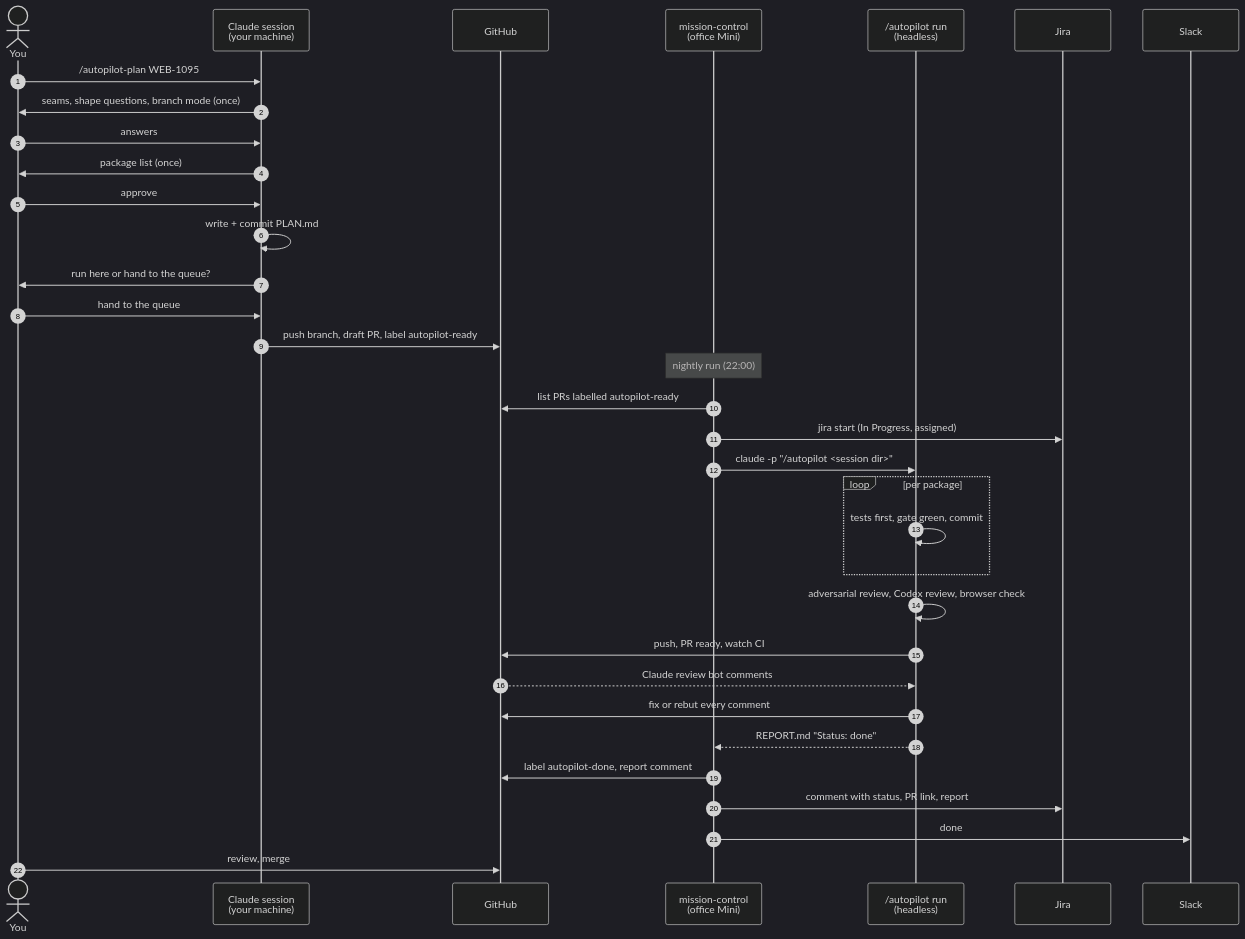
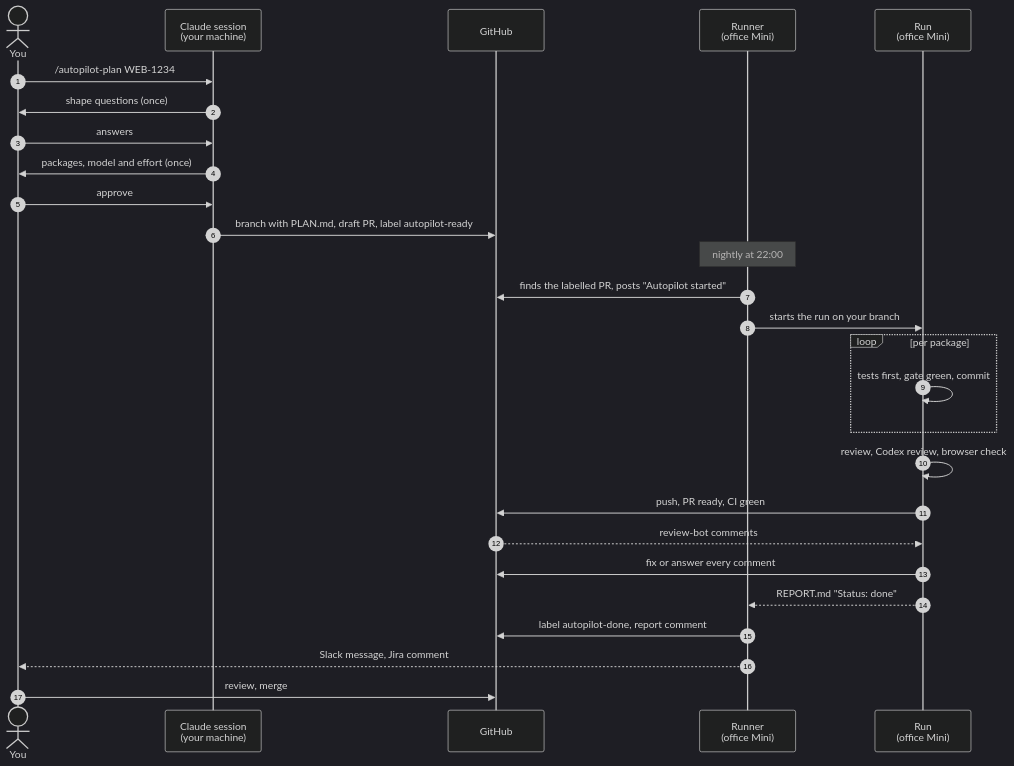
Before and after one commit to evelan-de/claude-code-plugins: the second of 7 diagrams in docs/autopilot-developer-guide.md, drawn with Mermaid (dark theme). The commit also changed other lines of this file and 9 other files, not shown here.

Commit message:
docs+fix(autopilot): README and developer guide describe the current state only; developer PRs: replies from the queue machine count as answered, start comment on the PR, plan branches from origin/<base> (plugin 3.1.4)

````diff
--- a/docs/autopilot-developer-guide.md
+++ b/docs/autopilot-developer-guide.md
@@ -155,37 +73,30 @@
 ```mermaid
 sequenceDiagram
     autonumber
     actor Dev as You
     participant CS as Claude session<br/>(your machine)
     participant GH as GitHub
-    participant MC as mission-control<br/>(office Mini)
-    participant Run as /autopilot run<br/>(headless)
-    participant Jira
-    participant Slack
+    participant MC as Runner<br/>(office Mini)
+    participant Run as Run<br/>(office Mini)
 
-    Dev->>CS: /autopilot-plan WEB-1095
-    CS->>Dev: seams, shape questions, branch mode (once)
+    Dev->>CS: /autopilot-plan WEB-1234
+    CS->>Dev: shape questions (once)
     Dev->>CS: answers
-    CS->>Dev: package list (once)
+    CS->>Dev: packages, model and effort (once)
     Dev->>CS: approve
-    CS->>CS: write + commit PLAN.md
-    CS->>Dev: run here or hand to the queue?
-    Dev->>CS: hand to the queue
-    CS->>GH: push branch, draft PR, label autopilot-ready
-    Note over MC: nightly run (22:00)
-    MC->>GH: list PRs labelled autopilot-ready
-    MC->>Jira: jira start (In Progress, assigned)
-    MC->>Run: claude -p "/autopilot <session dir>"
+    CS->>GH: branch with PLAN.md, draft PR, label autopilot-ready
+    Note over MC: nightly at 22:00
+    MC->>GH: finds the labelled PR, posts "Autopilot started"
+    MC->>Run: starts the run on your branch
     loop per package
         Run->>Run: tests first, gate green, commit
     end
-    Run->>Run: adversarial review, Codex review, browser check
-    Run->>GH: push, PR ready, watch CI
-    GH-->>Run: Claude review bot comments
-    Run->>GH: fix or rebut every comment
+    Run->>Run: review, Codex review, browser check
+    Run->>GH: push, PR ready, CI green
+    GH-->>Run: review-bot comments
+    Run->>GH: fix or answer every comment
     Run-->>MC: REPORT.md "Status: done"
     MC->>GH: label autopilot-done, report comment
-    MC->>Jira: comment with status, PR link, report
-    MC->>Slack: done
+    MC-->>Dev: Slack message, Jira comment
     Dev->>GH: review, merge
 ```
````
